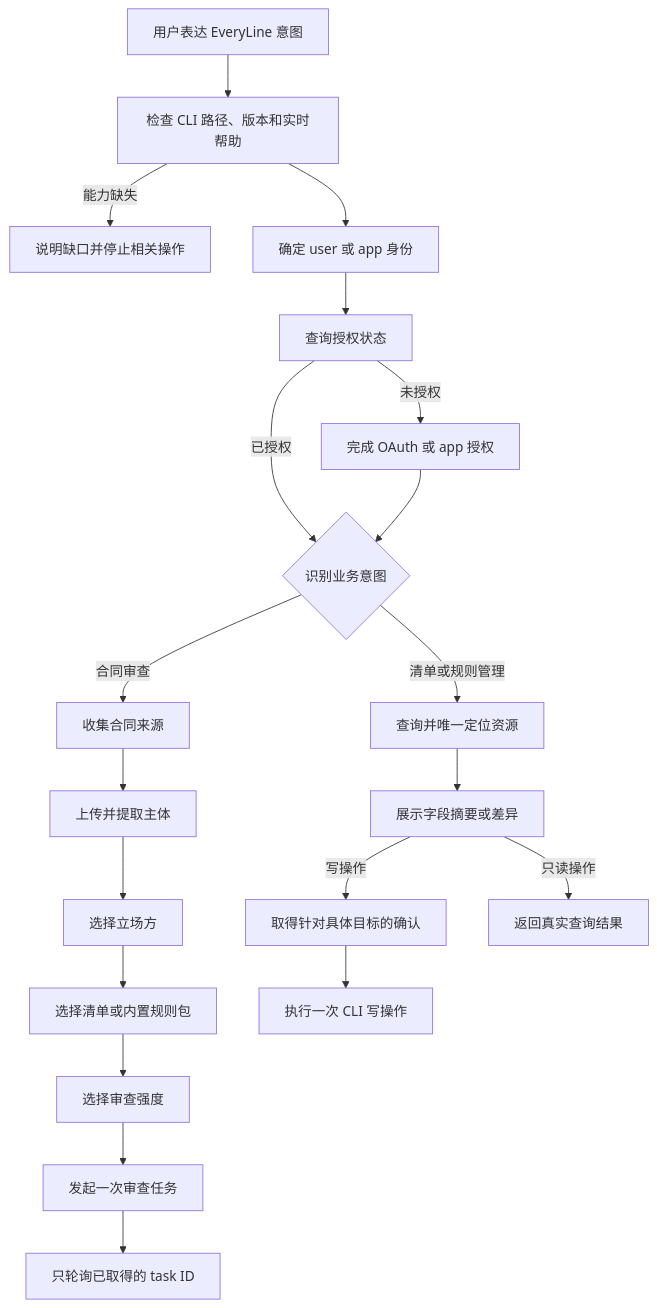
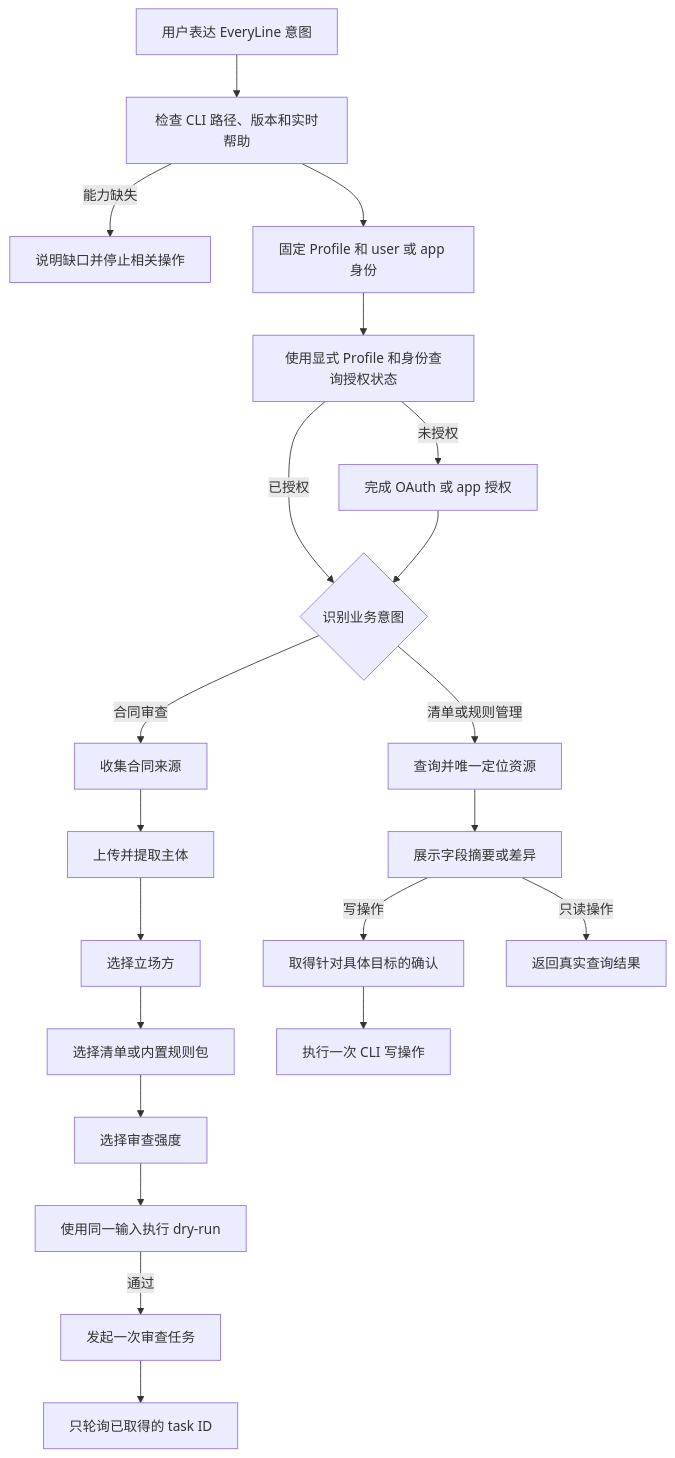
Before and after one commit to qfeius/everyline-cli: the diagram in docs/everyline-cli-skill-interaction-scenarios.md, drawn with Mermaid. The commit also changed other lines of this file and 6 other files, not shown here.

````diff
--- a/docs/everyline-cli-skill-interaction-scenarios.md
+++ b/docs/everyline-cli-skill-interaction-scenarios.md
@@ -15,22 +15,23 @@
 ```mermaid
 flowchart TD
     A[用户表达 EveryLine 意图] --> B[检查 CLI 路径、版本和实时帮助]
     B -->|能力缺失| Z[说明缺口并停止相关操作]
-    B --> C[确定 user 或 app 身份]
-    C --> D[查询授权状态]
+    B --> C[固定 Profile 和 user 或 app 身份]
+    C --> D[使用显式 Profile 和身份查询授权状态]
     D -->|未授权| E[完成 OAuth 或 app 授权]
     D -->|已授权| F{识别业务意图}
     E --> F
     F -->|合同审查| G[收集合同来源]
     G --> H[上传并提取主体]
     H --> I[选择立场方]
     I --> J[选择清单或内置规则包]
     J --> K[选择审查强度]
-    K --> L[发起一次审查任务]
-    L --> M[只轮询已取得的 task ID]
+    K --> L[使用同一输入执行 dry-run]
+    L -->|通过| M[发起一次审查任务]
+    M --> T[只轮询已取得的 task ID]
     F -->|清单或规则管理| N[查询并唯一定位资源]
     N --> O[展示字段摘要或差异]
     O -->|写操作| P[取得针对具体目标的确认]
     P --> Q[执行一次 CLI 写操作]
     O -->|只读操作| R[返回真实查询结果]
 ```
````
